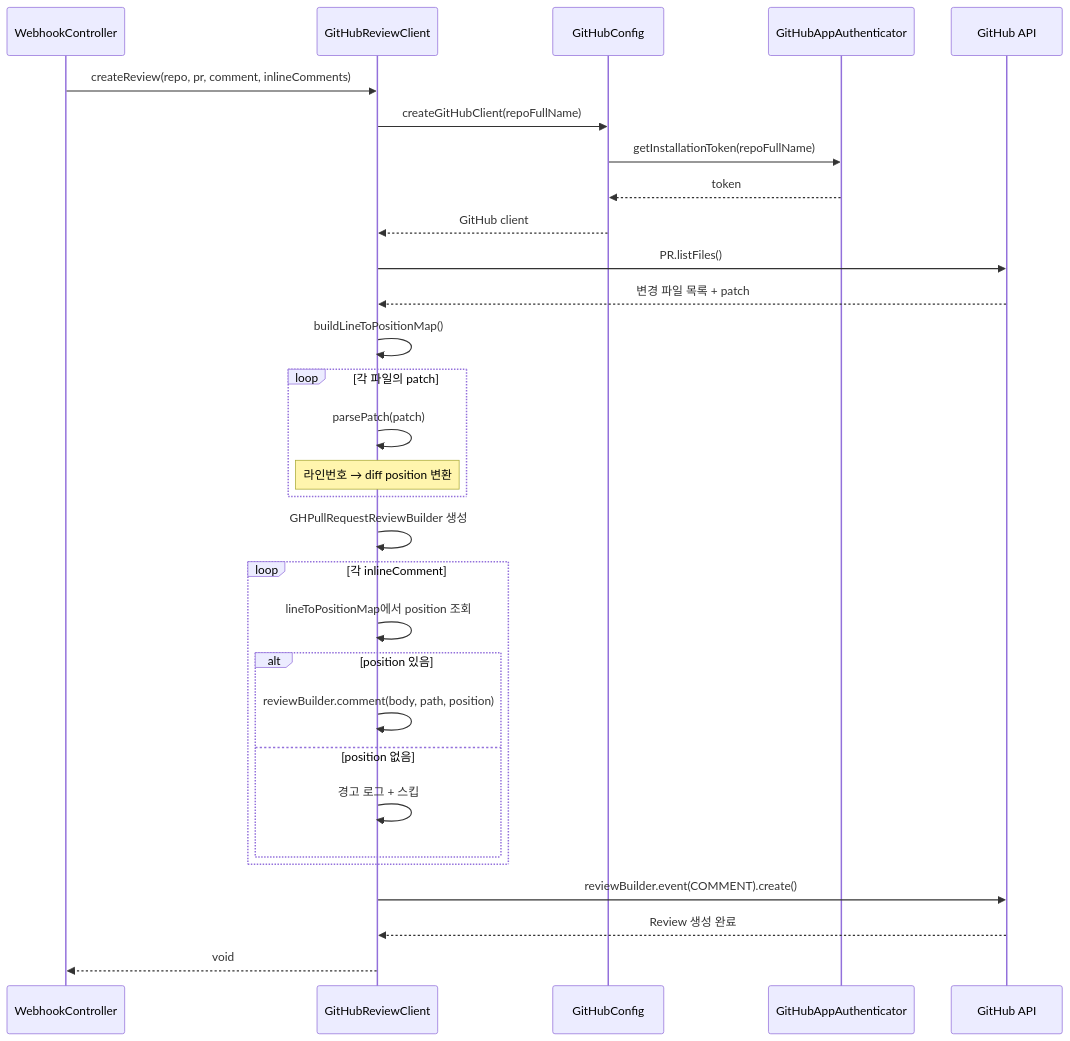
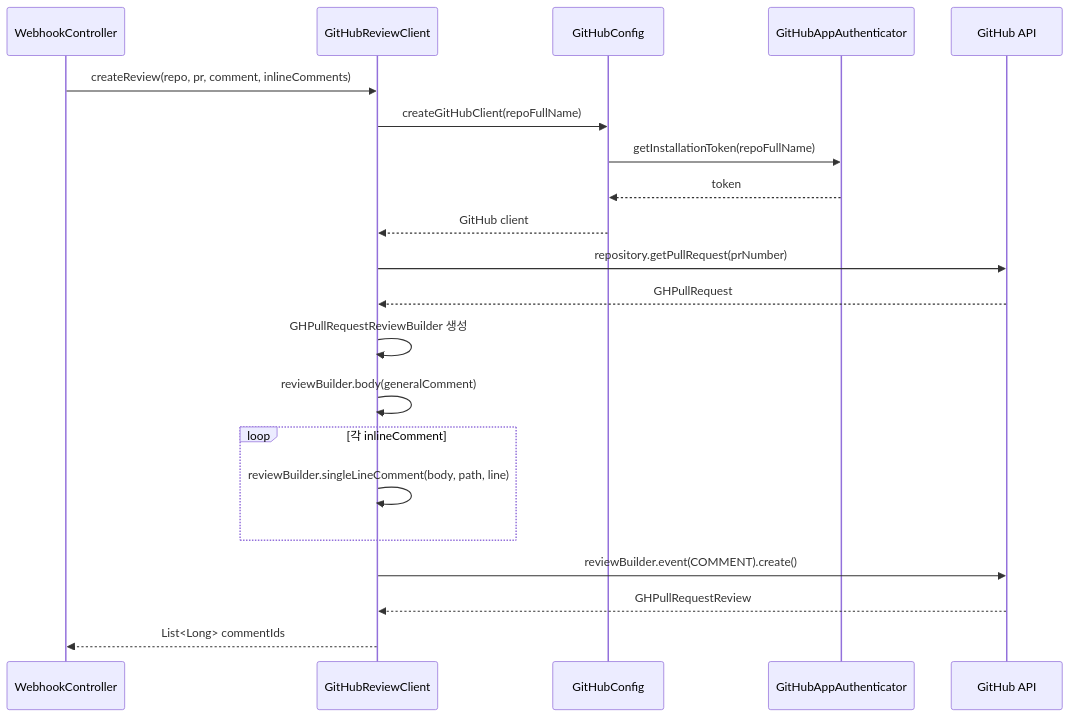
Before and after one commit to greensnapback0229/review-mate: the diagram in .claude/docs/domains/review/categories/pipeline/features/github-review-client/SPEC.md, drawn with Mermaid. The commit also changed other lines of this file and 4 other files, not shown here.

First line of the commit message:
feat: DL-01 inline comment position → singleLineComment 전환 (kohsuke 1.330)

````diff
--- a/.claude/docs/domains/review/categories/pipeline/features/github-review-client/SPEC.md
+++ b/.claude/docs/domains/review/categories/pipeline/features/github-review-client/SPEC.md
@@ -34,38 +40,28 @@
 ```mermaid
 sequenceDiagram
     participant WC as WebhookController
     participant GRC as GitHubReviewClient
     participant GCfg as GitHubConfig
     participant Auth as GitHubAppAuthenticator
     participant GH as GitHub API
 
     WC->>GRC: createReview(repo, pr, comment, inlineComments)
     GRC->>GCfg: createGitHubClient(repoFullName)
     GCfg->>Auth: getInstallationToken(repoFullName)
     Auth-->>GCfg: token
     GCfg-->>GRC: GitHub client
 
-    GRC->>GH: PR.listFiles()
-    GH-->>GRC: 변경 파일 목록 + patch
-    GRC->>GRC: buildLineToPositionMap()
-
-    loop 각 파일의 patch
-        GRC->>GRC: parsePatch(patch)
-        Note over GRC: 라인번호 → diff position 변환
-    end
+    GRC->>GH: repository.getPullRequest(prNumber)
+    GH-->>GRC: GHPullRequest
 
     GRC->>GRC: GHPullRequestReviewBuilder 생성
+    GRC->>GRC: reviewBuilder.body(generalComment)
 
     loop 각 inlineComment
-        GRC->>GRC: lineToPositionMap에서 position 조회
-        alt position 있음
-            GRC->>GRC: reviewBuilder.comment(body, path, position)
-        else position 없음
-            GRC->>GRC: 경고 로그 + 스킵
-        end
+        GRC->>GRC: reviewBuilder.singleLineComment(body, path, line)
     end
 
     GRC->>GH: reviewBuilder.event(COMMENT).create()
-    GH-->>GRC: Review 생성 완료
-    GRC-->>WC: void
+    GH-->>GRC: GHPullRequestReview
+    GRC-->>WC: List<Long> commentIds
 ```
````
